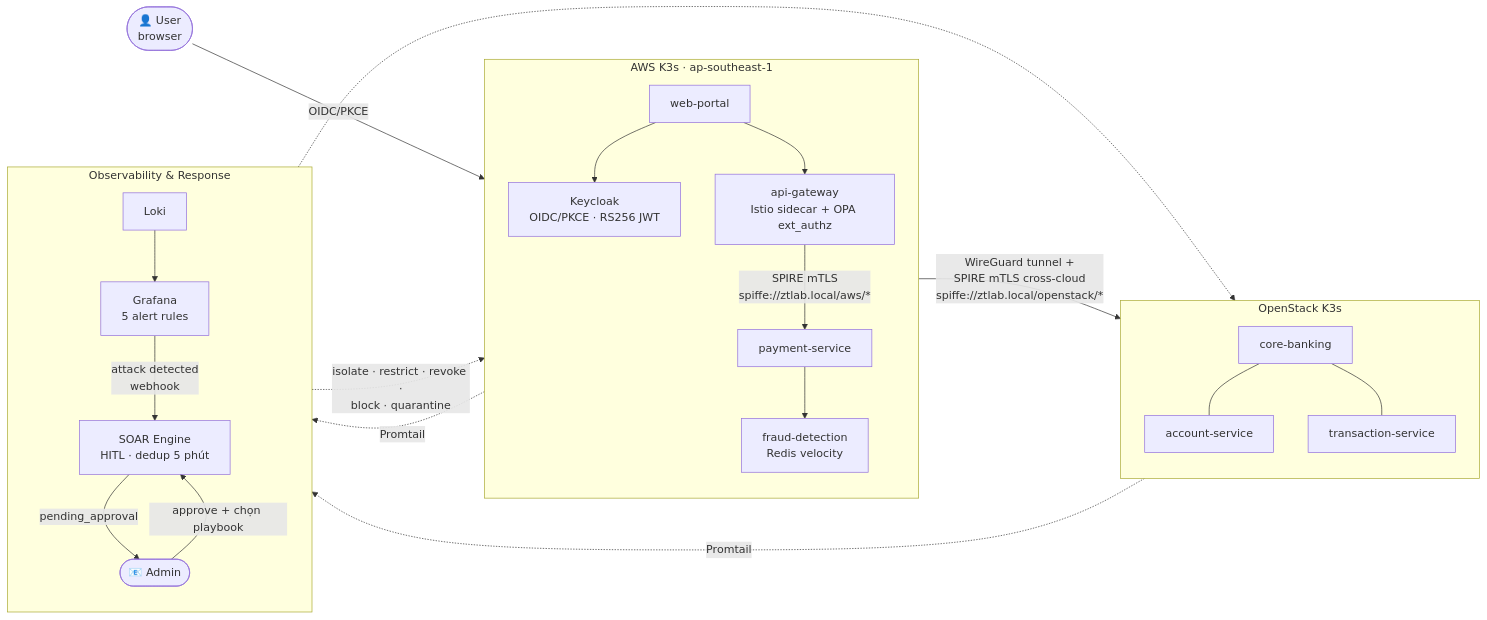
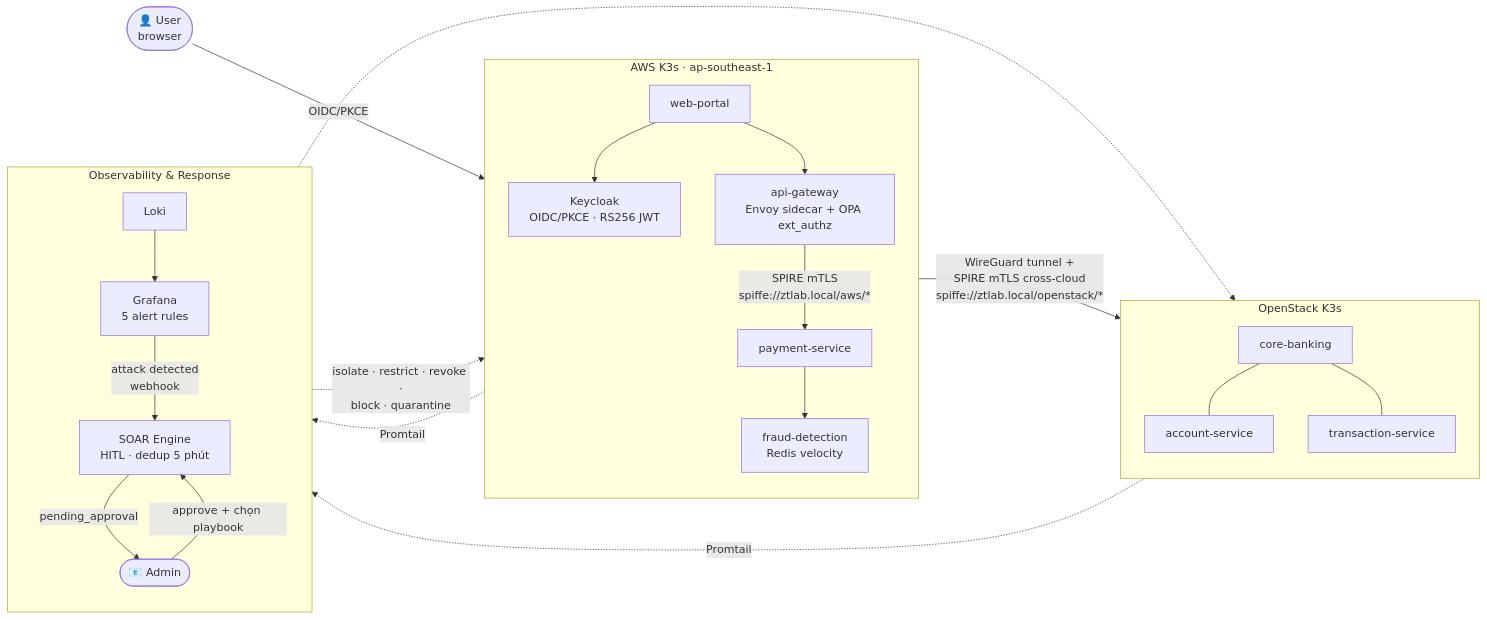
One commit to HoangBaoPhuoc/Zero-Trust-based-Security-Detection-and-Response changed the second of 2 diagrams in README.md. Above: the diagram before and after it, drawn with Mermaid. The commit also changed other lines of this file and 43 other files, not shown here.

````diff
--- a/README.md
+++ b/README.md
@@ -104,45 +104,45 @@
 ```mermaid
 flowchart LR
     U(["👤 User<br/>browser"])
 
     subgraph AWS["AWS K3s · ap-southeast-1"]
         direction TB
         KC["Keycloak<br/>OIDC/PKCE · RS256 JWT"]
         WP["web-portal"]
-        AG["api-gateway<br/>Istio sidecar + OPA ext_authz"]
+        AG["api-gateway<br/>Envoy sidecar + OPA ext_authz"]
         PS["payment-service"]
         FD["fraud-detection<br/>Redis velocity"]
         WP --> KC
         WP --> AG
         AG -->|"SPIRE mTLS<br/>spiffe://ztlab.local/aws/*"| PS
         PS --> FD
     end
 
     subgraph OS["OpenStack K3s"]
         direction TB
         CB["core-banking"]
         ACC["account-service"]
         TXN["transaction-service"]
         CB --- ACC
         CB --- TXN
     end
 
     subgraph OBS["Observability & Response"]
         direction TB
         LK["Loki"]
         GF["Grafana<br/>5 alert rules"]
         SOAR["SOAR Engine<br/>HITL · dedup 5 phút"]
         EM(["📧 Admin"])
         LK --> GF
         GF -->|"attack detected<br/>webhook"| SOAR
         SOAR -->|pending_approval| EM
         EM -->|"approve + chọn playbook"| SOAR
     end
 
     U -->|OIDC/PKCE| WP
     PS -->|"WireGuard tunnel +<br/>SPIRE mTLS cross-cloud<br/>spiffe://ztlab.local/openstack/*"| CB
     AWS -.->|Promtail| LK
     OS -.->|Promtail| LK
     SOAR -.->|"isolate · restrict · revoke ·<br/>block · quarantine"| AWS
     SOAR -.-> OS
 ```
````
